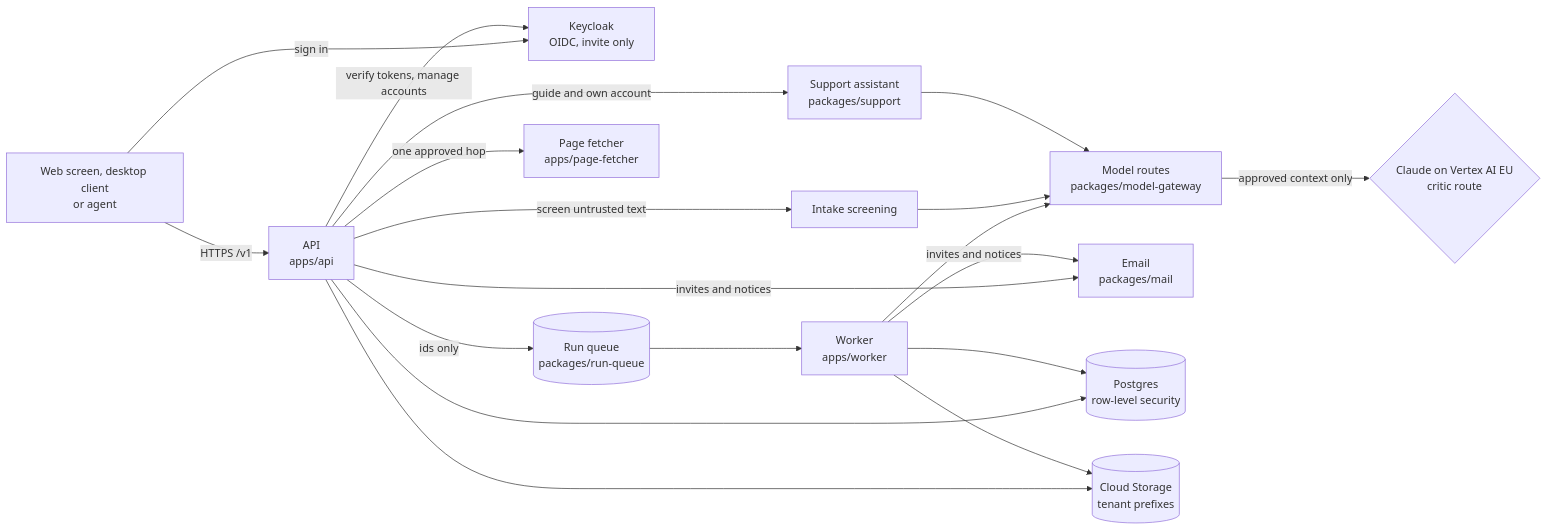
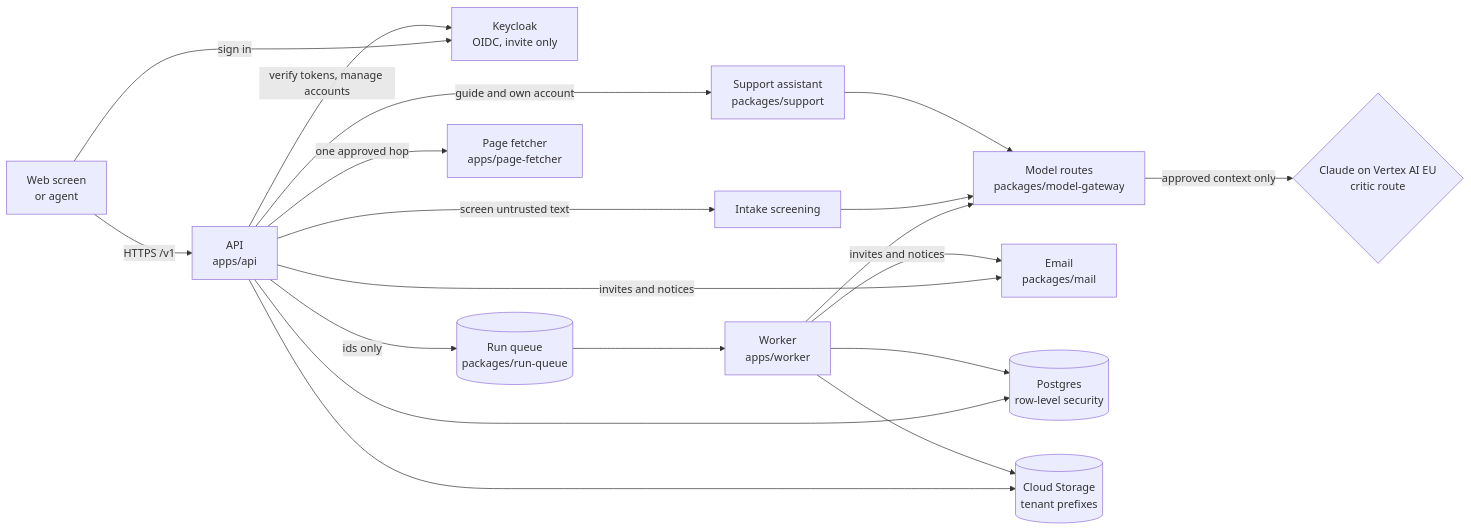
One commit to akoita/draft-loop changed the first of 9 diagrams in docs/architecture/hosted-service.md. Above: the diagram before and after it, drawn with Mermaid. The commit also changed 11 other files, not shown here.

First line of the commit message:
Take the desktop app out of the diagrams and drop local-first wording

````diff
--- a/docs/architecture/hosted-service.md
+++ b/docs/architecture/hosted-service.md
@@ -15,17 +15,17 @@
 ```mermaid
 flowchart LR
-  client["Web screen, desktop client<br/>or agent"] -->|HTTPS /v1| api["API<br/>apps/api"]
+  client["Web screen<br/>or agent"] -->|HTTPS /v1| api["API<br/>apps/api"]
   client -->|sign in| idp["Keycloak<br/>OIDC, invite only"]
   api -->|verify tokens, manage accounts| idp
   api -->|screen untrusted text| screen["Intake screening"]
   api -->|guide and own account| support["Support assistant<br/>packages/support"]
   api -->|ids only| queue[("Run queue<br/>packages/run-queue")]
   api -->|one approved hop| fetcher["Page fetcher<br/>apps/page-fetcher"]
   queue --> worker["Worker<br/>apps/worker"]
   worker --> gateway["Model routes<br/>packages/model-gateway"]
   screen & support --> gateway
   gateway -->|approved context only| models{"Claude on Vertex AI EU<br/>critic route"}
   api & worker -->|invites and notices| mail["Email<br/>packages/mail"]
   api & worker --> pg[("Postgres<br/>row-level security")]
   api & worker --> gcs[("Cloud Storage<br/>tenant prefixes")]
 ```
````
